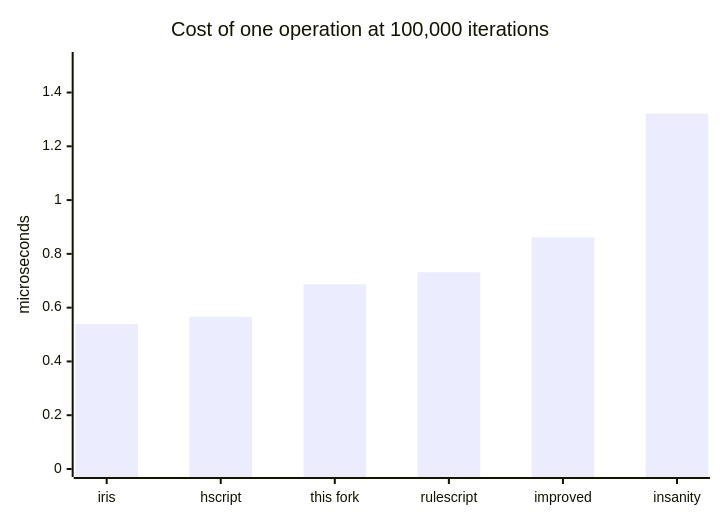
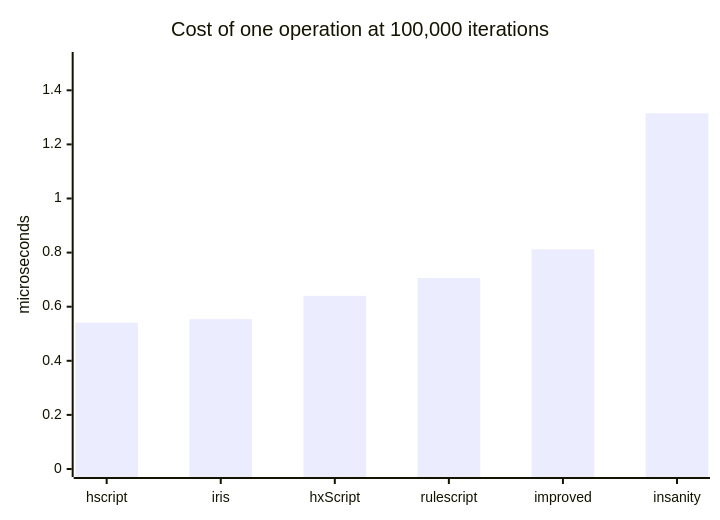
One commit to MeguminBOT/hscript-insanity changed the first of 2 diagrams in docs/benchmarks.md. Above: the diagram before and after it, drawn with Mermaid. The commit also changed other lines of this file and 6 other files, not shown here.

````diff
--- a/docs/benchmarks.md
+++ b/docs/benchmarks.md
@@ -193,7 +192,7 @@
 ```mermaid
 xychart-beta
     title "Cost of one operation at 100,000 iterations"
-    x-axis ["iris", "hscript", "this fork", "rulescript", "improved", "insanity"]
-    y-axis "microseconds" 0 --> 1.521
-    bar [0.539, 0.566, 0.687, 0.732, 0.862, 1.322]
+    x-axis ["hscript", "iris", "hxScript", "rulescript", "improved", "insanity"]
+    y-axis "microseconds" 0 --> 1.512
+    bar [0.541, 0.554, 0.640, 0.706, 0.812, 1.315]
 ```
````
